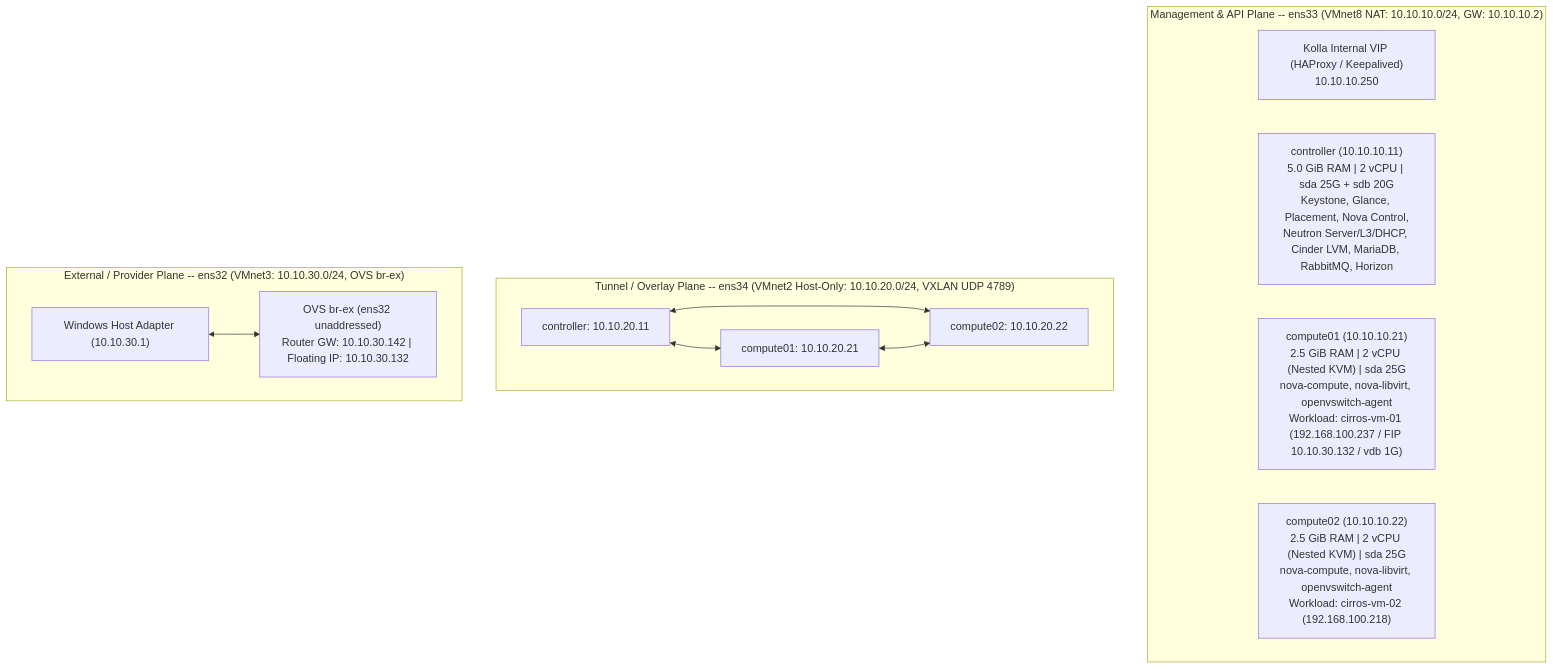
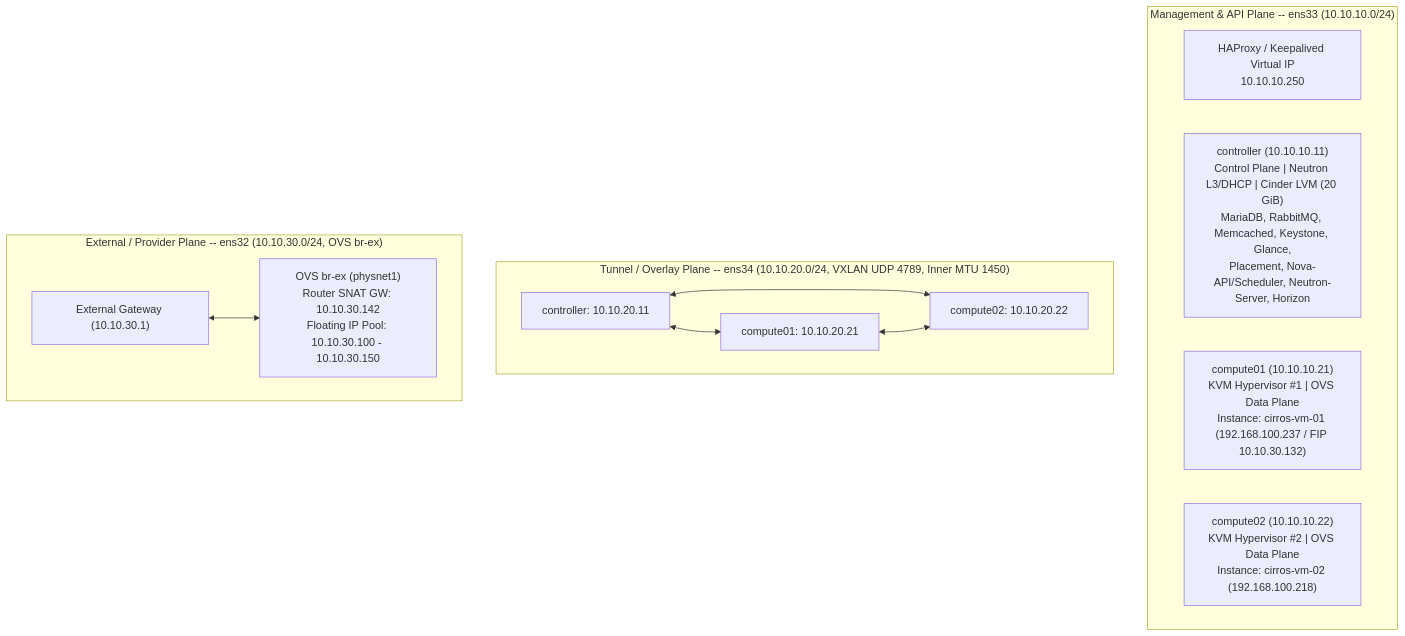
One commit to whysari/openstack-caracal-multinode changed the first of 2 diagrams in README.md. Above: the diagram before and after it, drawn with Mermaid. The commit also changed other lines of this file and 1 other file, not shown here.

Commit message:
docs(readme): redesign README as production showcase with Horizon UI gallery and inline CLI verification

````diff
--- a/README.md
+++ b/README.md
@@ -19,19 +30,19 @@
 ```mermaid
 flowchart TB
-    subgraph MGMT["Management & API Plane -- ens33 (VMnet8 NAT: 10.10.10.0/24, GW: 10.10.10.2)"]
-        VIP["Kolla Internal VIP (HAProxy / Keepalived)<br/>10.10.10.250"]
-        CTRL["controller (10.10.10.11)<br/>5.0 GiB RAM | 2 vCPU | sda 25G + sdb 20G<br/>Keystone, Glance, Placement, Nova Control,<br/>Neutron Server/L3/DHCP, Cinder LVM, MariaDB, RabbitMQ, Horizon"]
-        COMP1["compute01 (10.10.10.21)<br/>2.5 GiB RAM | 2 vCPU (Nested KVM) | sda 25G<br/>nova-compute, nova-libvirt, openvswitch-agent<br/>Workload: cirros-vm-01 (192.168.100.237 / FIP 10.10.30.132 / vdb 1G)"]
-        COMP2["compute02 (10.10.10.22)<br/>2.5 GiB RAM | 2 vCPU (Nested KVM) | sda 25G<br/>nova-compute, nova-libvirt, openvswitch-agent<br/>Workload: cirros-vm-02 (192.168.100.218)"]
+    subgraph MGMT["Management & API Plane -- ens33 (10.10.10.0/24)"]
+        VIP["HAProxy / Keepalived Virtual IP<br/>10.10.10.250"]
+        CTRL["controller (10.10.10.11)<br/>Control Plane | Neutron L3/DHCP | Cinder LVM (20 GiB)<br/>MariaDB, RabbitMQ, Memcached, Keystone, Glance,<br/>Placement, Nova-API/Scheduler, Neutron-Server, Horizon"]
+        COMP1["compute01 (10.10.10.21)<br/>KVM Hypervisor #1 | OVS Data Plane<br/>Instance: cirros-vm-01 (192.168.100.237 / FIP 10.10.30.132)"]
+        COMP2["compute02 (10.10.10.22)<br/>KVM Hypervisor #2 | OVS Data Plane<br/>Instance: cirros-vm-02 (192.168.100.218)"]
     end
 
-    subgraph TUN["Tunnel / Overlay Plane -- ens34 (VMnet2 Host-Only: 10.10.20.0/24, VXLAN UDP 4789)"]
+    subgraph TUN["Tunnel / Overlay Plane -- ens34 (10.10.20.0/24, VXLAN UDP 4789, Inner MTU 1450)"]
         CTRL_T["controller: 10.10.20.11"] <--> COMP1_T["compute01: 10.10.20.21"]
         CTRL_T <--> COMP2_T["compute02: 10.10.20.22"]
         COMP1_T <--> COMP2_T
     end
 
-    subgraph EXT["External / Provider Plane -- ens32 (VMnet3: 10.10.30.0/24, OVS br-ex)"]
-        HOST_GW["Windows Host Adapter (10.10.30.1)"] <--> BREX["OVS br-ex (ens32 unaddressed)<br/>Router GW: 10.10.30.142 | Floating IP: 10.10.30.132"]
+    subgraph EXT["External / Provider Plane -- ens32 (10.10.30.0/24, OVS br-ex)"]
+        EXT_GW["External Gateway (10.10.30.1)"] <--> BREX["OVS br-ex (physnet1)<br/>Router SNAT GW: 10.10.30.142<br/>Floating IP Pool: 10.10.30.100 - 10.10.30.150"]
     end
 ```
````
